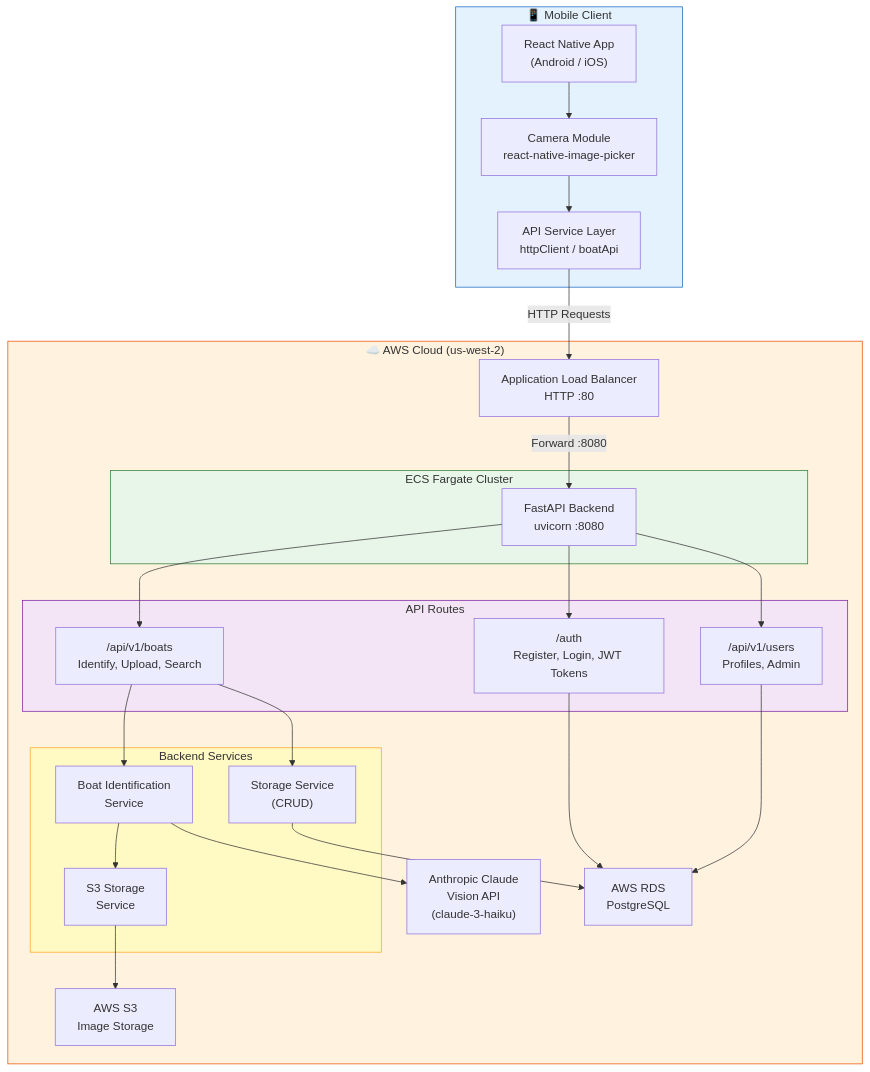
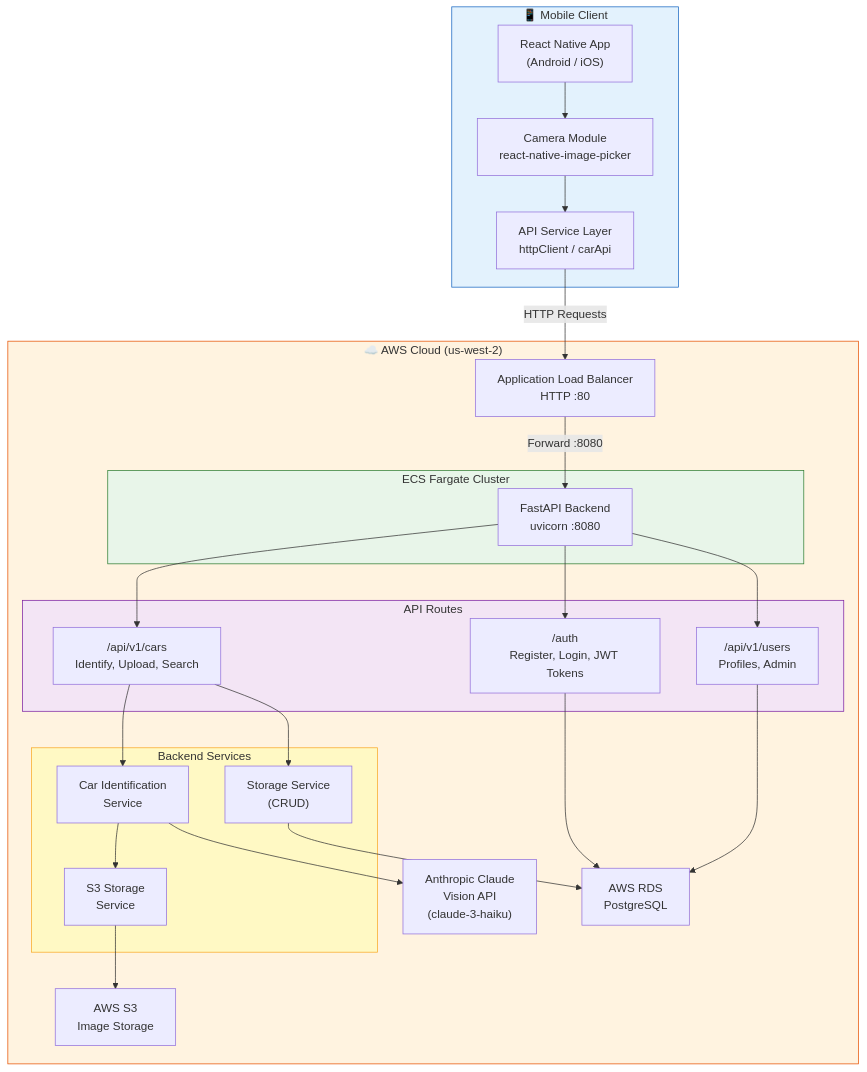
One commit to pinstripezebra/BoatId changed the diagram in README.md. Above: the diagram before and after it, drawn with Mermaid. The commit also changed other lines of this file and 48 other files, not shown here.

````diff
--- a/README.md
+++ b/README.md
@@ -14,54 +14,54 @@
 ```mermaid
 graph TB
     subgraph Client["📱 Mobile Client"]
         RN["React Native App<br/>(Android / iOS)"]
         CAM["Camera Module<br/>react-native-image-picker"]
-        API_SVC["API Service Layer<br/>httpClient / boatApi"]
+        API_SVC["API Service Layer<br/>httpClient / carApi"]
     end
 
     subgraph AWS["☁️ AWS Cloud (us-west-2)"]
         ALB["Application Load Balancer<br/>HTTP :80"]
 
         subgraph ECS["ECS Fargate Cluster"]
             FAST["FastAPI Backend<br/>uvicorn :8080"]
         end
 
         subgraph Routes["API Routes"]
             AUTH["/auth<br/>Register, Login, JWT Tokens"]
-            BOATS["/api/v1/boats<br/>Identify, Upload, Search"]
+            CARS["/api/v1/cars<br/>Identify, Upload, Search"]
             USERS["/api/v1/users<br/>Profiles, Admin"]
         end
 
         subgraph Services["Backend Services"]
-            ID_SVC["Boat Identification<br/>Service"]
+            ID_SVC["Car Identification<br/>Service"]
             S3_SVC["S3 Storage<br/>Service"]
             DB_SVC["Storage Service<br/>(CRUD)"]
         end
 
         ANTHROPIC["Anthropic Claude<br/>Vision API<br/>(claude-3-haiku)"]
         S3["AWS S3<br/>Image Storage"]
         RDS["AWS RDS<br/>PostgreSQL"]
     end
 
     RN --> CAM
     CAM --> API_SVC
     API_SVC -->|"HTTP Requests"| ALB
     ALB -->|"Forward :8080"| FAST
     FAST --> AUTH
-    FAST --> BOATS
+    FAST --> CARS
     FAST --> USERS
-    BOATS --> ID_SVC
-    BOATS --> DB_SVC
+    CARS --> ID_SVC
+    CARS --> DB_SVC
     ID_SVC --> ANTHROPIC
     ID_SVC --> S3_SVC
     S3_SVC --> S3
     DB_SVC --> RDS
     AUTH --> RDS
     USERS --> RDS
 
     style Client fill:#E3F2FD,stroke:#1565C0
     style AWS fill:#FFF3E0,stroke:#E65100
     style ECS fill:#E8F5E9,stroke:#2E7D32
     style Routes fill:#F3E5F5,stroke:#7B1FA2
     style Services fill:#FFF9C4,stroke:#F9A825
 ```
````
